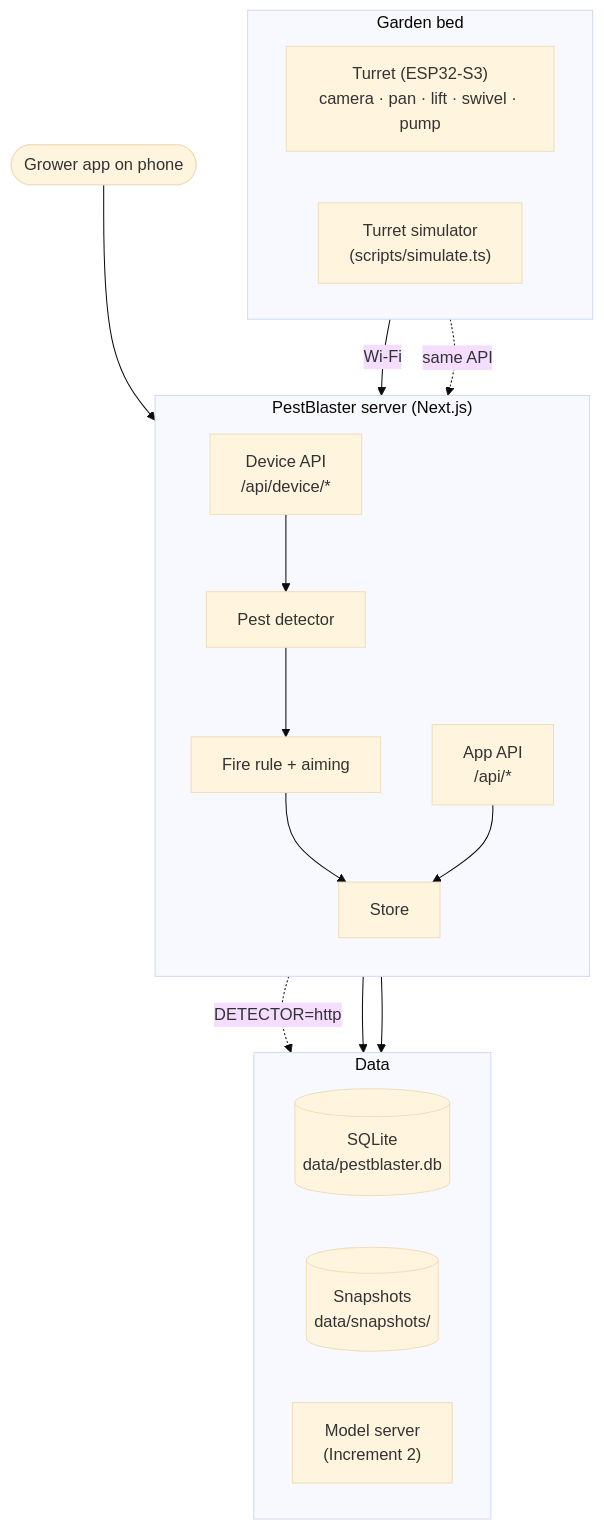
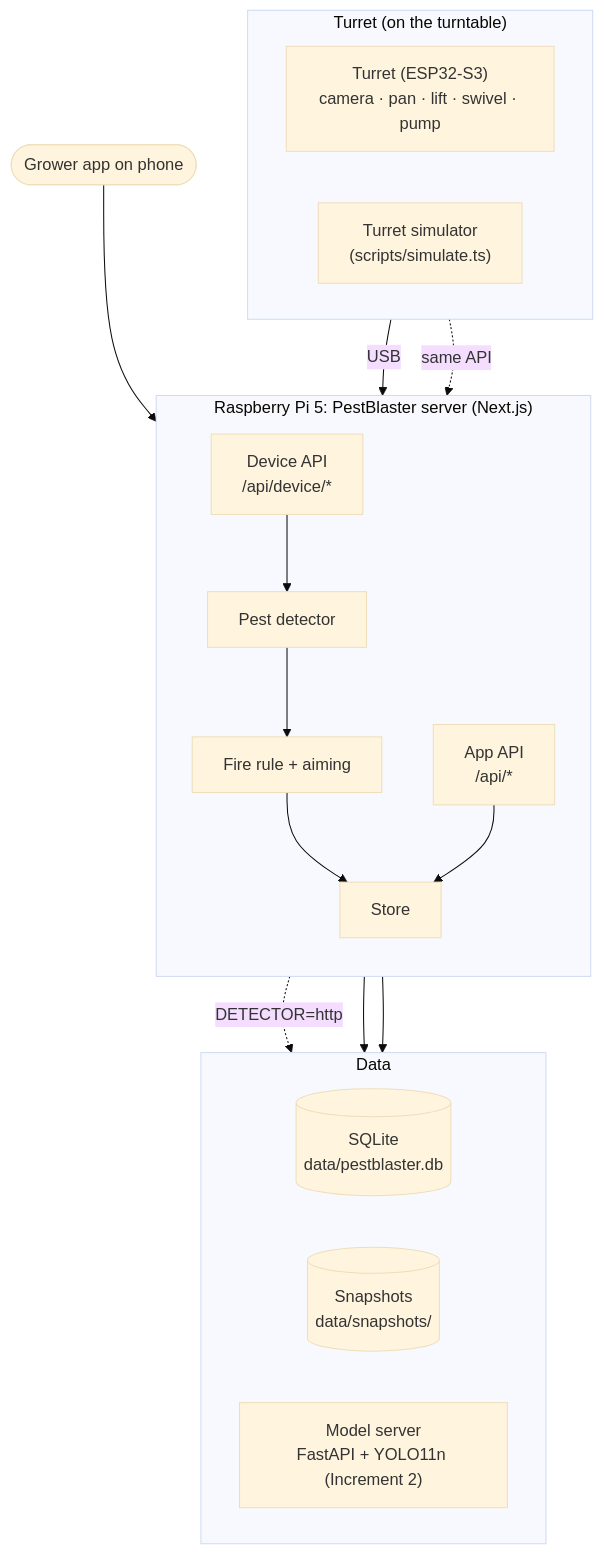
One commit to helidastar/PestBlaster changed the fourth of 6 diagrams in docs/DOCUMENTATION.md. Above: the diagram before and after it, drawn with Mermaid (base theme). The commit also changed other lines of this file and 8 other files, not shown here.

````diff
--- a/docs/DOCUMENTATION.md
+++ b/docs/DOCUMENTATION.md
@@ -287,33 +313,33 @@
 ```mermaid
 flowchart TB
-    subgraph Garden["Garden bed"]
+    subgraph Farm["Turret (on the turntable)"]
         direction LR
         T["Turret (ESP32-S3)<br/>camera · pan · lift · swivel · pump"]
         SIM["Turret simulator<br/>(scripts/simulate.ts)"]
     end
 
-    subgraph Server["PestBlaster server (Next.js)"]
+    subgraph Server["Raspberry Pi 5: PestBlaster server (Next.js)"]
         direction TB
         DAPI["Device API<br/>/api/device/*"]
         DET[Pest detector]
         DEC["Fire rule + aiming"]
         STORE[Store]
         AAPI["App API<br/>/api/*"]
     end
 
     subgraph Data["Data"]
         direction LR
         DB[("SQLite<br/>data/pestblaster.db")]
         SNAP[("Snapshots<br/>data/snapshots/")]
-        MODEL["Model server<br/>(Increment 2)"]
+        MODEL["Model server<br/>FastAPI + YOLO11n (Increment 2)"]
     end
 
     APP([Grower app on phone])
 
-    T -- Wi-Fi --> DAPI
+    T -- USB --> DAPI
     SIM -. same API .-> DAPI
     DAPI --> DET --> DEC --> STORE
     DET -. DETECTOR=http .-> MODEL
     STORE --> DB & SNAP
     APP --> AAPI --> STORE
 ```
````
